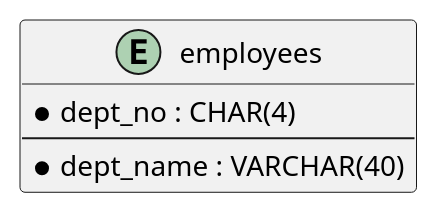
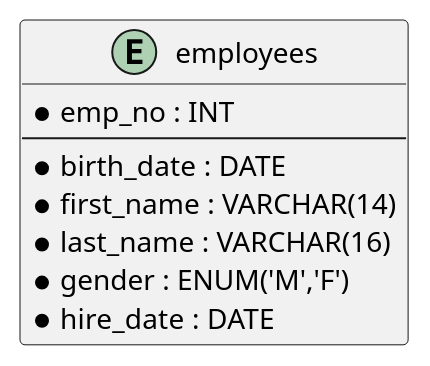
The third of 3 diagrams in README.adoc (AnsgarNell/HR-Tool-Backend), drawn with PlantUML before and after one commit. The commit also changed other lines of this file and 2 other files, not shown here.

Commit message:
Added employees entity schema.

```diff
--- a/README.adoc
+++ b/README.adoc
@@ -166,9 +171,12 @@
 [plantuml,images/employees-schema,png]
 ....
-
 entity employees {
-    * dept_no : CHAR(4)
+    * emp_no : INT
     --
-    * dept_name : VARCHAR(40)
+    * birth_date : DATE
+    * first_name : VARCHAR(14)
+    * last_name : VARCHAR(16)
+    * gender : ENUM('M','F')
+    * hire_date : DATE
 }
 ....
```
